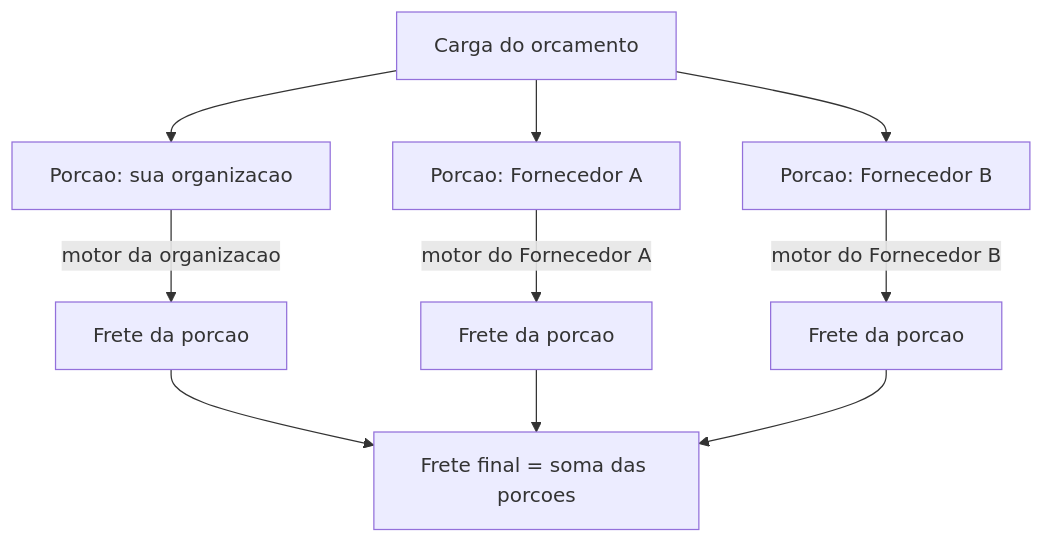
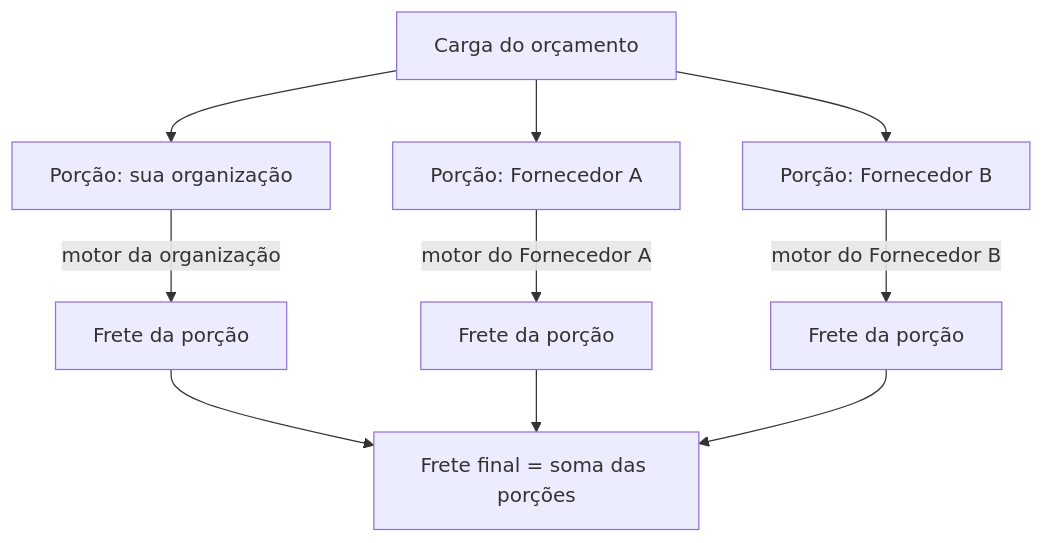
One commit to LocFlowTeam/locflow-docs changed the diagram in configuracoes/motor-de-frete-detentor.md. Above: the diagram before and after it, drawn with Mermaid. The commit also changed 26 other files, not shown here.

````diff
--- a/configuracoes/motor-de-frete-detentor.md
+++ b/configuracoes/motor-de-frete-detentor.md
@@ -40,10 +40,10 @@
 ```mermaid
 flowchart TB
-    C[Carga do orcamento] --> P1[Porcao: sua organizacao]
-    C --> P2[Porcao: Fornecedor A]
-    C --> P3[Porcao: Fornecedor B]
-    P1 -->|motor da organizacao| V1[Frete da porcao]
-    P2 -->|motor do Fornecedor A| V2[Frete da porcao]
-    P3 -->|motor do Fornecedor B| V3[Frete da porcao]
-    V1 & V2 & V3 --> T[Frete final = soma das porcoes]
+    C[Carga do orçamento] --> P1[Porção: sua organização]
+    C --> P2[Porção: Fornecedor A]
+    C --> P3[Porção: Fornecedor B]
+    P1 -->|motor da organização| V1[Frete da porção]
+    P2 -->|motor do Fornecedor A| V2[Frete da porção]
+    P3 -->|motor do Fornecedor B| V3[Frete da porção]
+    V1 & V2 & V3 --> T[Frete final = soma das porções]
 ```
````
